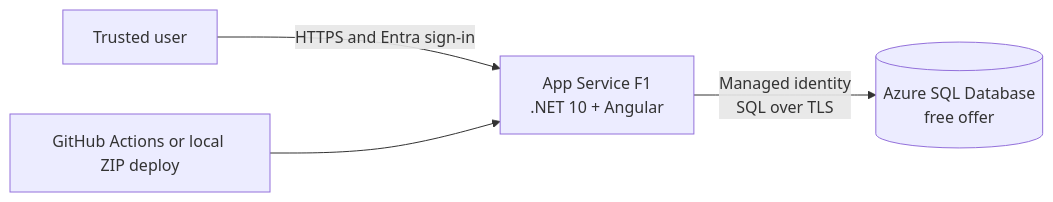
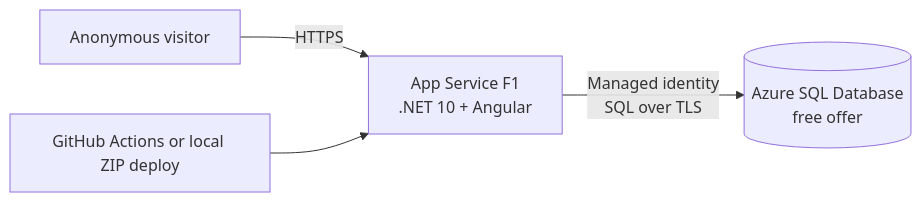
One commit to QuinntyneBrown/quinntyne-brown-consulting changed the diagram in docs/azure-deployment-plan.md. Above: the diagram before and after it, drawn with Mermaid. The commit also changed other lines of this file and 2 other files, not shown here.

````diff
--- a/docs/azure-deployment-plan.md
+++ b/docs/azure-deployment-plan.md
@@ -30,6 +30,6 @@
 ```mermaid
 flowchart LR
-    User[Trusted user] -->|HTTPS and Entra sign-in| Web[App Service F1<br/>.NET 10 + Angular]
+    User[Anonymous visitor] -->|HTTPS| Web[App Service F1<br/>.NET 10 + Angular]
     Deploy[GitHub Actions or local ZIP deploy] --> Web
     Web -->|Managed identity<br/>SQL over TLS| Db[(Azure SQL Database<br/>free offer)]
 ```
````
